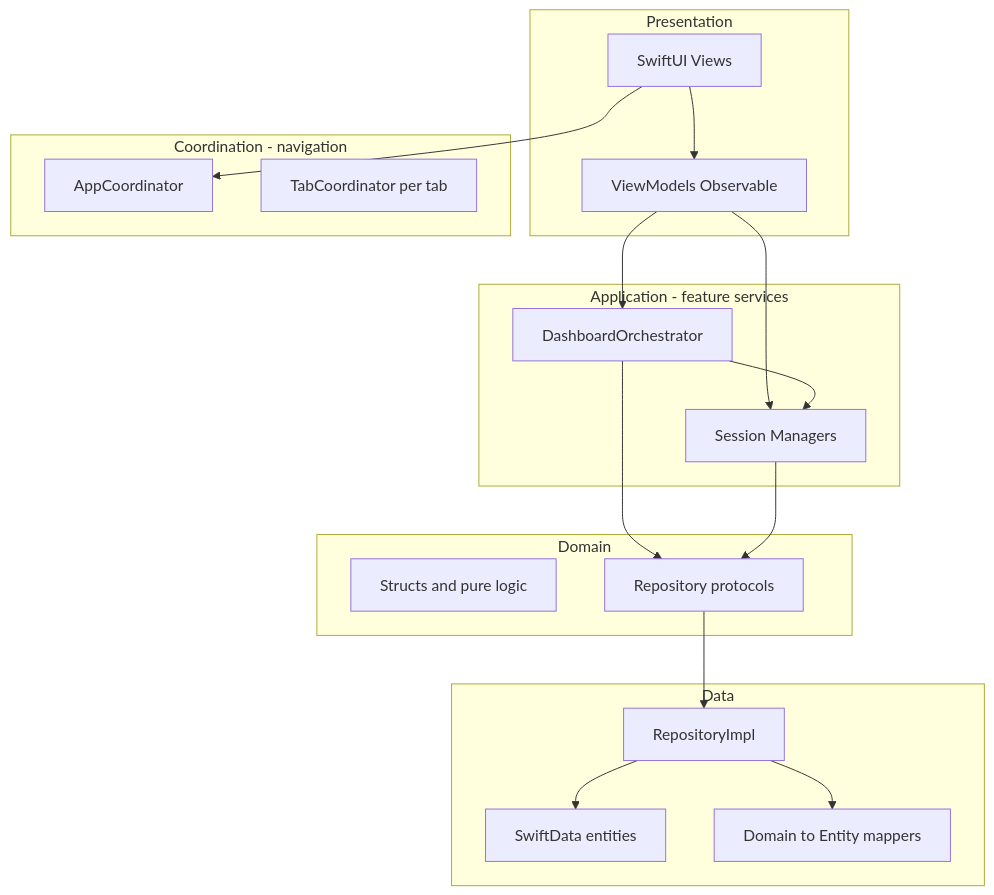
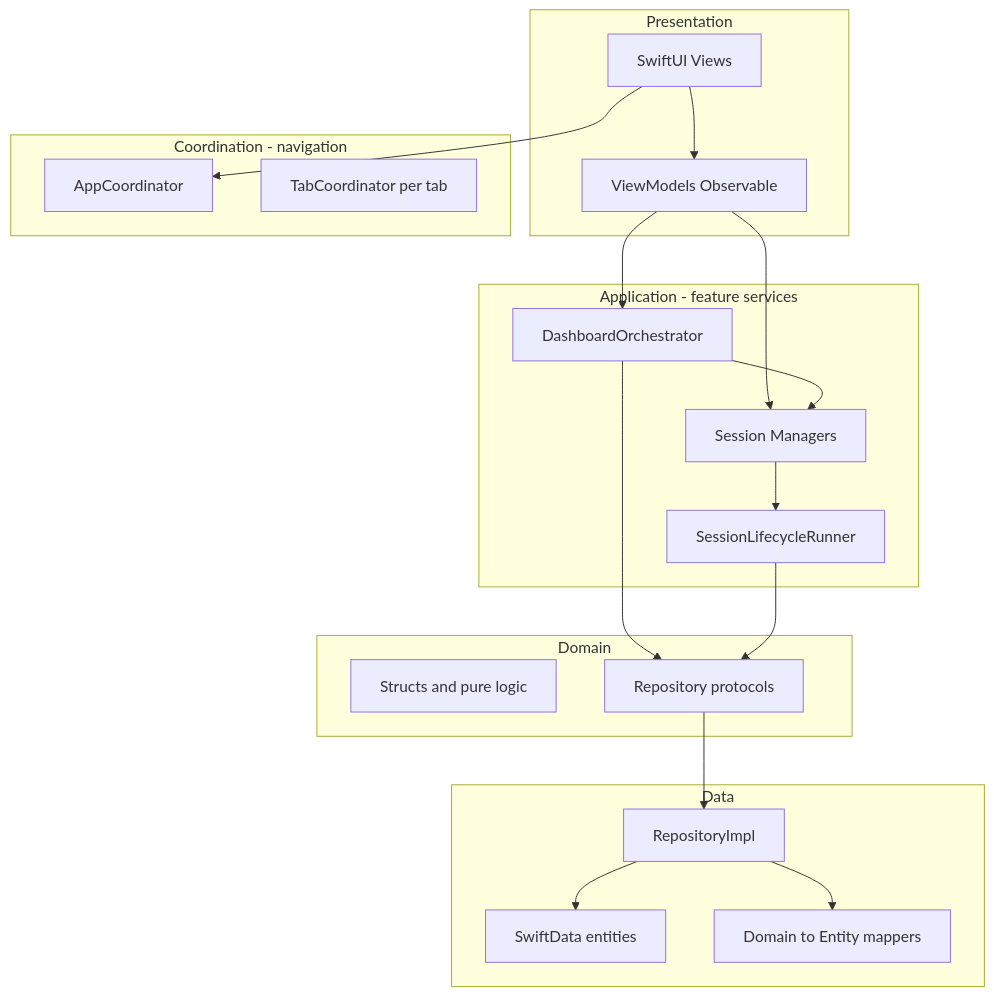
The diagram in docs/interview-guide/01-project-overview.md (nguyenquanghuy22041990/FocusUp), drawn with Mermaid before and after one commit. The commit also changed other lines of this file and 11 other files, not shown here.

````diff
--- a/docs/interview-guide/01-project-overview.md
+++ b/docs/interview-guide/01-project-overview.md
@@ -44,33 +44,35 @@
 ```mermaid
 flowchart TB
     subgraph presentation ["Presentation"]
         Views[SwiftUI Views]
         VM["ViewModels Observable"]
     end
     subgraph coordination ["Coordination - navigation"]
         AC[AppCoordinator]
         TC[TabCoordinator per tab]
     end
     subgraph application ["Application - feature services"]
         MGR[Session Managers]
+        SLR[SessionLifecycleRunner]
         ORCH[DashboardOrchestrator]
     end
     subgraph domain ["Domain"]
         Models[Structs and pure logic]
         Protos[Repository protocols]
     end
     subgraph data ["Data"]
         RepoImpl[RepositoryImpl]
         SwiftData[SwiftData entities]
         Mappers["Domain to Entity mappers"]
     end
     Views --> VM
     Views --> AC
     VM --> ORCH
     VM --> MGR
     ORCH --> MGR
     ORCH --> Protos
-    MGR --> Protos
+    MGR --> SLR
+    SLR --> Protos
     Protos --> RepoImpl --> SwiftData
     RepoImpl --> Mappers
 ```
````
